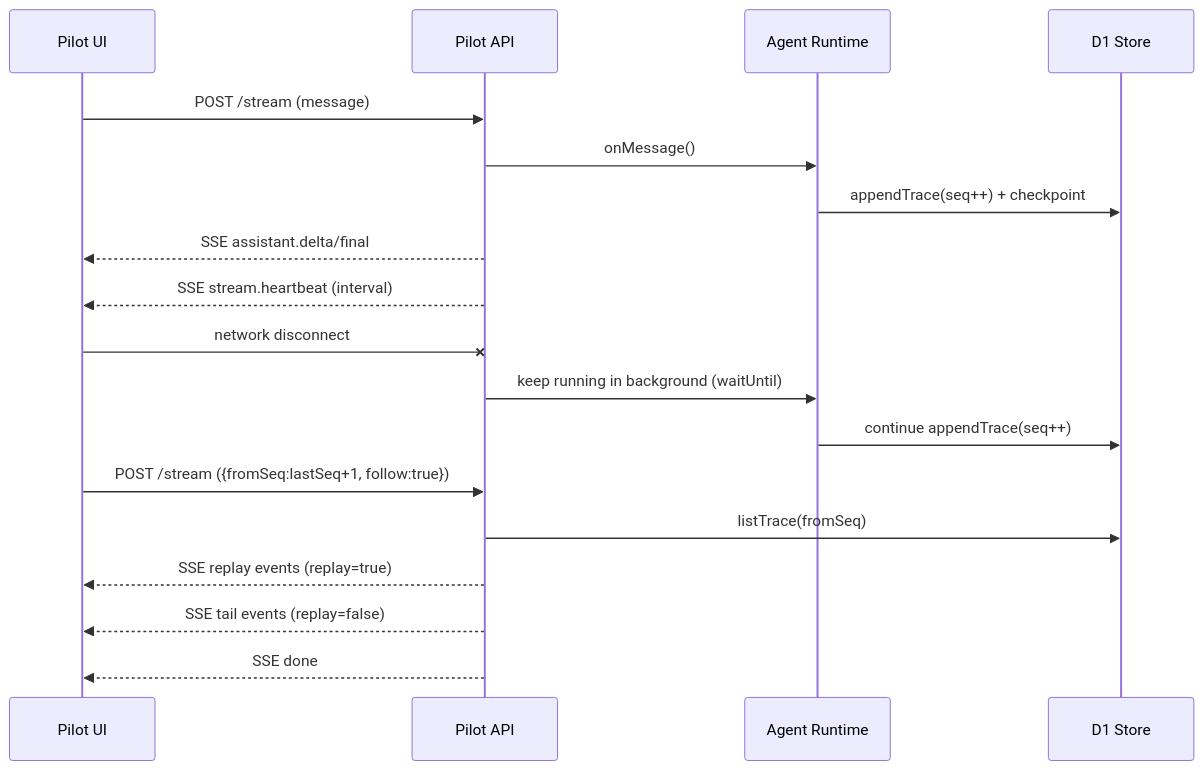
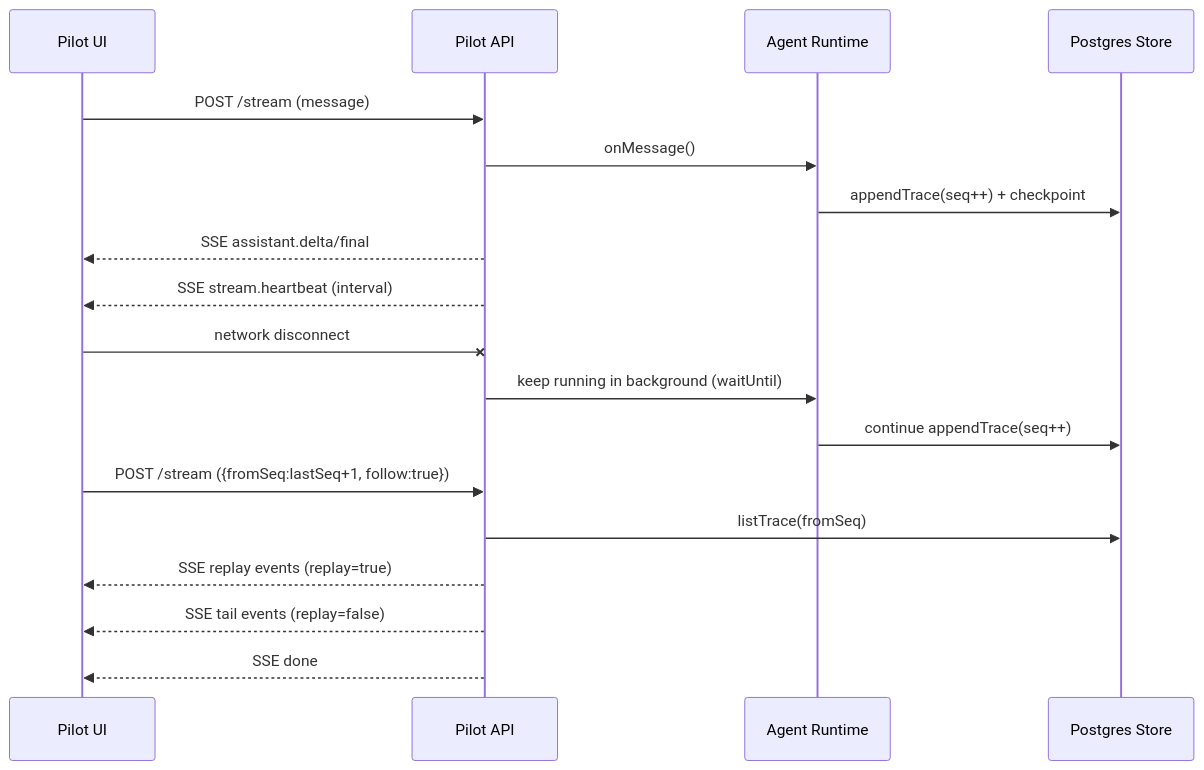
The diagram in docs/plan-prd/docs/PILOT-INTELLIGENCE-API-CONTRACT.md (talex-touch/tuff), drawn with Mermaid before and after one commit. The commit also changed other lines of this file and 12 other files, not shown here.

````diff
--- a/docs/plan-prd/docs/PILOT-INTELLIGENCE-API-CONTRACT.md
+++ b/docs/plan-prd/docs/PILOT-INTELLIGENCE-API-CONTRACT.md
@@ -206,23 +201,23 @@
 ```mermaid
 sequenceDiagram
   participant UI as Pilot UI
   participant API as Pilot API
   participant RT as Agent Runtime
-  participant D1 as D1 Store
+  participant PG as Postgres Store
 
   UI->>API: POST /stream (message)
   API->>RT: onMessage()
-  RT->>D1: appendTrace(seq++) + checkpoint
+  RT->>PG: appendTrace(seq++) + checkpoint
   API-->>UI: SSE assistant.delta/final
   API-->>UI: SSE stream.heartbeat (interval)
 
   UI-x API: network disconnect
   API->>RT: keep running in background (waitUntil)
-  RT->>D1: continue appendTrace(seq++)
+  RT->>PG: continue appendTrace(seq++)
 
   UI->>API: POST /stream ({fromSeq:lastSeq+1, follow:true})
-  API->>D1: listTrace(fromSeq)
+  API->>PG: listTrace(fromSeq)
   API-->>UI: SSE replay events (replay=true)
   API-->>UI: SSE tail events (replay=false)
   API-->>UI: SSE done
 ```
````
